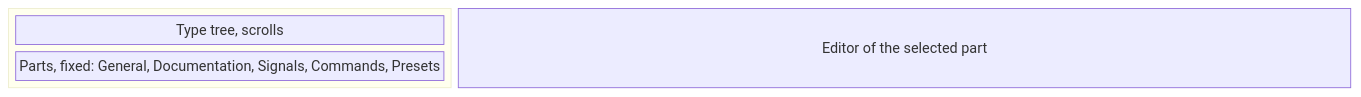
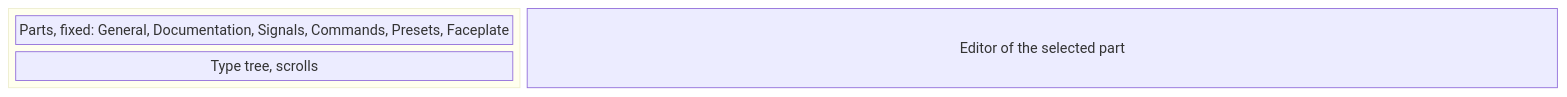
The sixth of 10 diagrams in metadata/01-types.md (AlexandreGallais/synoptic-studio-spec), drawn with Mermaid before and after one commit. The commit also changed other lines of this file and 5 other files, not shown here.

First line of the commit message:
docs(metadata): list parts above the tree and add a faceplate view

````diff
--- a/metadata/01-types.md
+++ b/metadata/01-types.md
@@ -107,10 +109,10 @@
 ```mermaid
 block-beta
     columns 3
     block:left
         columns 1
+        parts["Parts, fixed: General, Documentation, Signals, Commands, Presets, Faceplate"]
         tree["Type tree, scrolls"]
-        parts["Parts, fixed: General, Documentation, Signals, Commands, Presets"]
     end
     editor["Editor of the selected part"]:2
 ```
````
